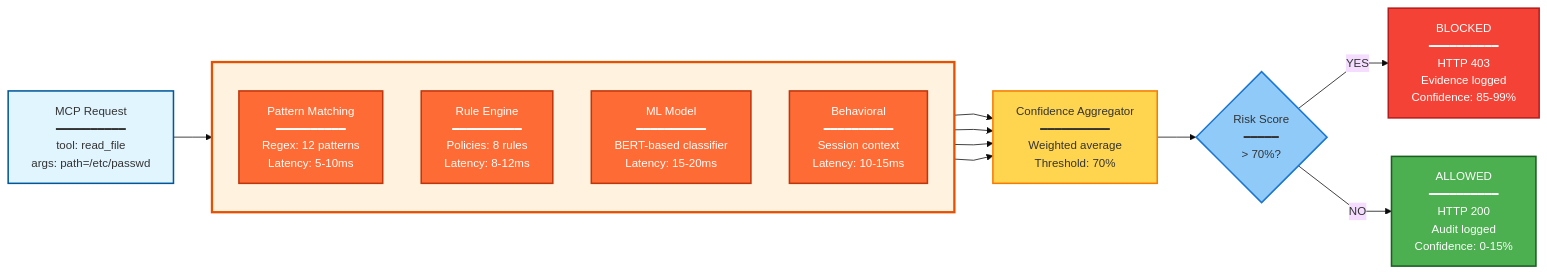
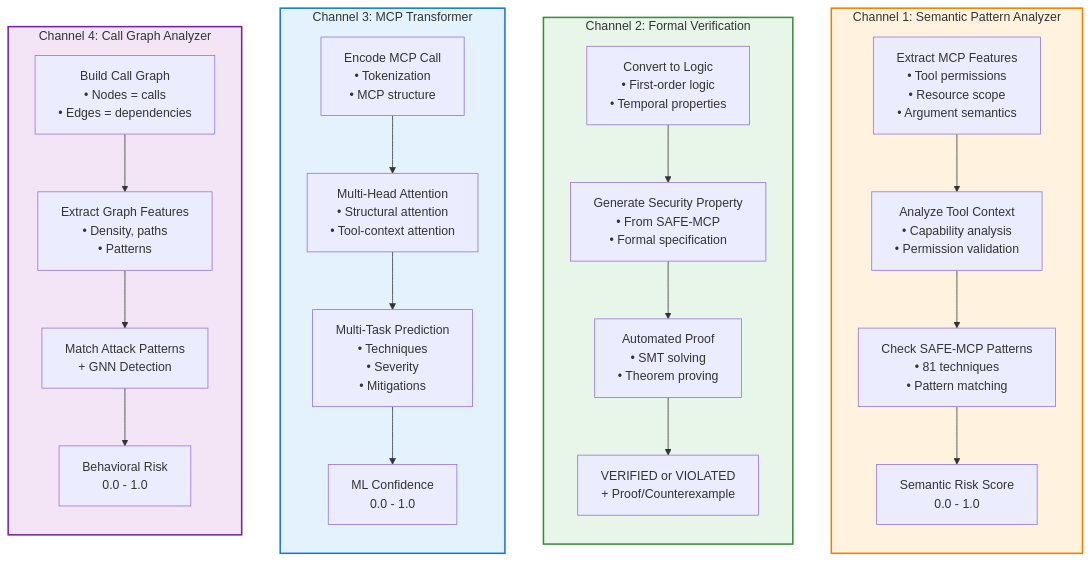
Before and after one commit to safe-mcp-platform/safe-mcp-platform: the third of 4 diagrams in README.md, drawn with Mermaid. The commit also changed other lines of this file and 90 other files, not shown here.

First line of the commit message:
feat: implement novel 4-channel detection architecture for MCP security

````diff
--- a/README.md
+++ b/README.md
@@ -218,41 +249,43 @@
 ```mermaid
-%%{init: {'theme':'base', 'themeVariables': {'fontSize':'15px'}, 'flowchart':{'curve':'linear'}}}%%
-flowchart LR
-    INPUT["MCP Request<br/>━━━━━━━━━━<br/>tool: read_file<br/>args: path=/etc/passwd"]
-    
-    subgraph CHANNELS[" "]
+flowchart TD
+    subgraph CH1["Channel 1: Semantic Pattern Analyzer"]
         direction TB
-        CH1["Pattern Matching<br/>━━━━━━━━━━<br/>Regex: 12 patterns<br/>Latency: 5-10ms"]
-        CH2["Rule Engine<br/>━━━━━━━━━━<br/>Policies: 8 rules<br/>Latency: 8-12ms"]
-        CH3["ML Model<br/>━━━━━━━━━━<br/>BERT-based classifier<br/>Latency: 15-20ms"]
-        CH4["Behavioral<br/>━━━━━━━━━━<br/>Session context<br/>Latency: 10-15ms"]
+        S1["Extract MCP Features<br/>• Tool permissions<br/>• Resource scope<br/>• Argument semantics"]
+        S2["Analyze Tool Context<br/>• Capability analysis<br/>• Permission validation"]
+        S3["Check SAFE-MCP Patterns<br/>• 81 techniques<br/>• Pattern matching"]
+        S4["Semantic Risk Score<br/>0.0 - 1.0"]
+        S1 --> S2 --> S3 --> S4
     end
     
-    AGG["Confidence Aggregator<br/>━━━━━━━━━━<br/>Weighted average<br/>Threshold: 70%"]
+    subgraph CH2["Channel 2: Formal Verification"]
+        direction TB
+        F1["Convert to Logic<br/>• First-order logic<br/>• Temporal properties"]
+        F2["Generate Security Property<br/>• From SAFE-MCP<br/>• Formal specification"]
+        F3["Automated Proof<br/>• SMT solving<br/>• Theorem proving"]
+        F4["VERIFIED or VIOLATED<br/>+ Proof/Counterexample"]
+        F1 --> F2 --> F3 --> F4
+    end
     
-    VERDICT{"Risk Score<br/>━━━━━<br/>> 70%?"}
+    subgraph CH3["Channel 3: MCP Transformer"]
+        direction TB
+        M1["Encode MCP Call<br/>• Tokenization<br/>• MCP structure"]
+        M2["Multi-Head Attention<br/>• Structural attention<br/>• Tool-context attention"]
+        M3["Multi-Task Prediction<br/>• Techniques<br/>• Severity<br/>• Mitigations"]
+        M4["ML Confidence<br/>0.0 - 1.0"]
+        M1 --> M2 --> M3 --> M4
+    end
     
-    BLOCK["BLOCKED<br/>━━━━━━━━━━<br/>HTTP 403<br/>Evidence logged<br/>Confidence: 85-99%"]
+    subgraph CH4["Channel 4: Call Graph Analyzer"]
+        direction TB
+        B1["Build Call Graph<br/>• Nodes = calls<br/>• Edges = dependencies"]
+        B2["Extract Graph Features<br/>• Density, paths<br/>• Patterns"]
+        B3["Match Attack Patterns<br/>+ GNN Detection"]
+        B4["Behavioral Risk<br/>0.0 - 1.0"]
+        B1 --> B2 --> B3 --> B4
+    end
     
-    ALLOW["ALLOWED<br/>━━━━━━━━━━<br/>HTTP 200<br/>Audit logged<br/>Confidence: 0-15%"]
-    
-    INPUT --> CHANNELS
-    CH1 --> AGG
-    CH2 --> AGG
-    CH3 --> AGG
-    CH4 --> AGG
-    AGG --> VERDICT
-    VERDICT -->|"YES"| BLOCK
-    VERDICT -->|"NO"| ALLOW
-    
-    style CHANNELS fill:#fff3e0,stroke:#e65100,stroke-width:3px
-    style CH1 fill:#ff6b35,color:#fff,stroke:#bf360c,stroke-width:2px
-    style CH2 fill:#ff6b35,color:#fff,stroke:#bf360c,stroke-width:2px
-    style CH3 fill:#ff6b35,color:#fff,stroke:#bf360c,stroke-width:2px
-    style CH4 fill:#ff6b35,color:#fff,stroke:#bf360c,stroke-width:2px
-    style AGG fill:#ffd54f,stroke:#f57c00,stroke-width:2px
-    style VERDICT fill:#90caf9,stroke:#1976d2,stroke-width:2px
-    style BLOCK fill:#f44336,color:#fff,stroke:#b71c1c,stroke-width:2px
-    style ALLOW fill:#4caf50,color:#fff,stroke:#1b5e20,stroke-width:2px
-    style INPUT fill:#e1f5ff,stroke:#01579b,stroke-width:2px
+    style CH1 fill:#fff3e0,stroke:#f57c00,stroke-width:2px
+    style CH2 fill:#e8f5e9,stroke:#388e3c,stroke-width:2px
+    style CH3 fill:#e3f2fd,stroke:#1976d2,stroke-width:2px
+    style CH4 fill:#f3e5f5,stroke:#7b1fa2,stroke-width:2px
 ```
````
